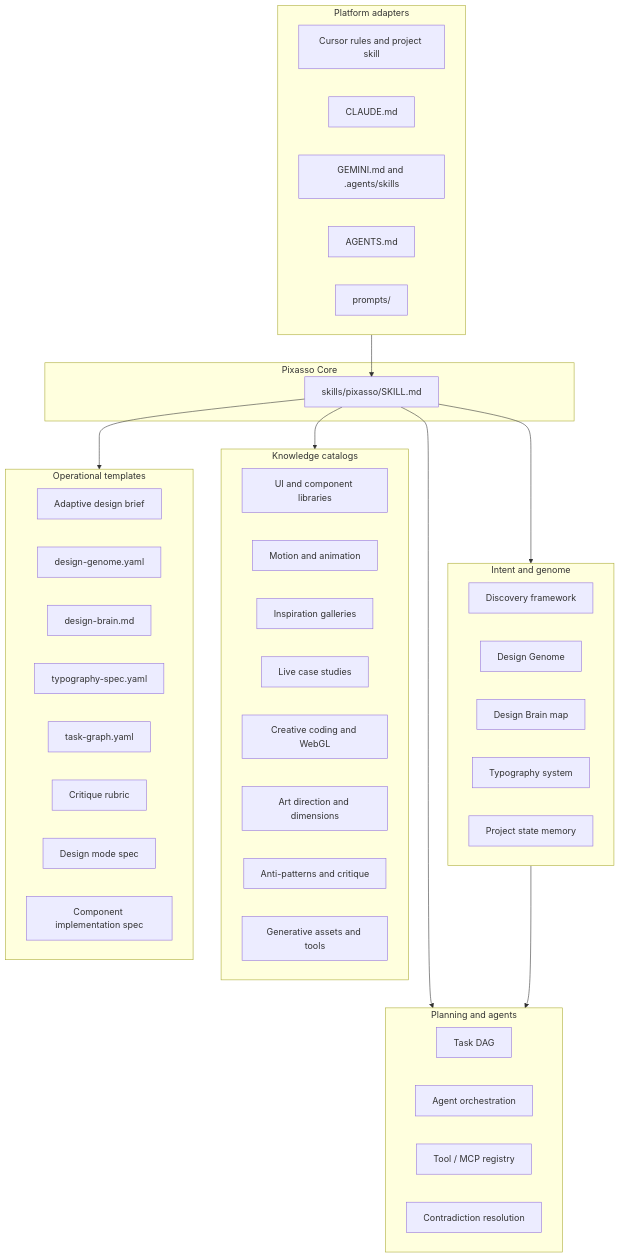
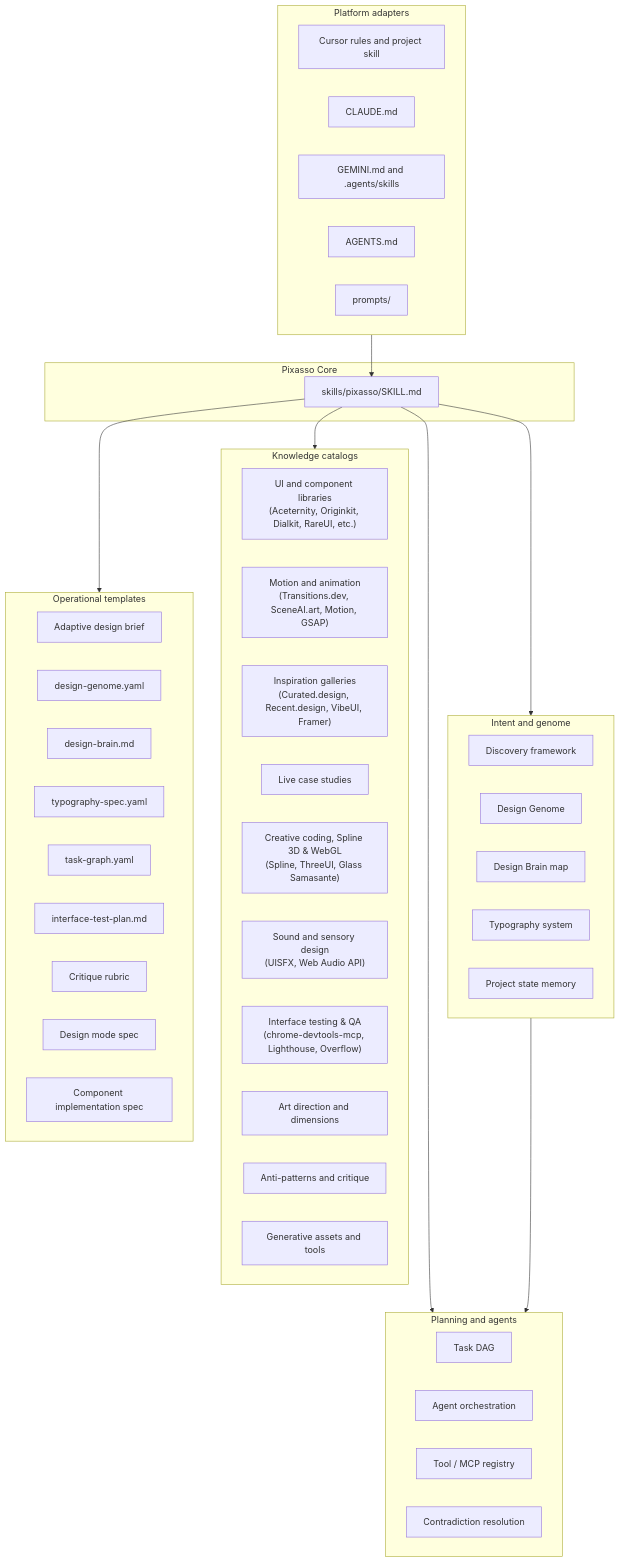
The first of 7 diagrams in README.md (Erebuzzz/pixasso), drawn with Mermaid before and after one commit. The commit also changed other lines of this file and 70 other files, not shown here.

Commit message:
Add interface testing and QA reference, operational test plan, sound design guidelines, and expanded benchmark catalogs

````diff
--- a/README.md
+++ b/README.md
@@ -99,58 +99,61 @@
 ```mermaid
 flowchart TB
     subgraph Core ["Pixasso Core"]
         SKILL["skills/pixasso/SKILL.md"]
     end
 
     subgraph Intent ["Intent and genome"]
         DISC["Discovery framework"]
         GENOME["Design Genome"]
         BRAIN["Design Brain map"]
         TYPE["Typography system"]
         MEM["Project state memory"]
     end
 
     subgraph Plan ["Planning and agents"]
         DAG["Task DAG"]
         ORCH["Agent orchestration"]
         TOOLS["Tool / MCP registry"]
         CONTR["Contradiction resolution"]
     end
 
     subgraph References ["Knowledge catalogs"]
-        UI_REF["UI and component libraries"]
-        MOTION_REF["Motion and animation"]
-        GALLERY_REF["Inspiration galleries"]
+        UI_REF["UI and component libraries<br/>(Aceternity, Originkit, Dialkit, RareUI, etc.)"]
+        MOTION_REF["Motion and animation<br/>(Transitions.dev, SceneAI.art, Motion, GSAP)"]
+        GALLERY_REF["Inspiration galleries<br/>(Curated.design, Recent.design, VibeUI, Framer)"]
         CASES_REF["Live case studies"]
-        CREATIVE_REF["Creative coding and WebGL"]
+        CREATIVE_REF["Creative coding, Spline 3D & WebGL<br/>(Spline, ThreeUI, Glass Samasante)"]
+        SOUND_REF["Sound and sensory design<br/>(UISFX, Web Audio API)"]
+        QA_REF["Interface testing & QA<br/>(chrome-devtools-mcp, Lighthouse, Overflow)"]
         ART_REF["Art direction and dimensions"]
         ANTIPATTERN_REF["Anti-patterns and critique"]
         GEN_REF["Generative assets and tools"]
     end
 
     subgraph Templates ["Operational templates"]
         BRIEF["Adaptive design brief"]
         GYAML["design-genome.yaml"]
         BRAINMD["design-brain.md"]
         TYAML["typography-spec.yaml"]
         TG["task-graph.yaml"]
+        TEST_PLAN["interface-test-plan.md"]
         CRITIQUE["Critique rubric"]
         MODE["Design mode spec"]
         COMP["Component implementation spec"]
     end
 
     subgraph Adapters ["Platform adapters"]
         CURSOR["Cursor rules and project skill"]
         CLAUDE["CLAUDE.md"]
         GEMINI["GEMINI.md and .agents/skills"]
         AGENTS["AGENTS.md"]
         PROMPTS["prompts/"]
     end
 
     SKILL --> Intent
     SKILL --> Plan
     SKILL --> References
     SKILL --> Templates
     Adapters --> SKILL
     Intent --> Plan
 ```
````
